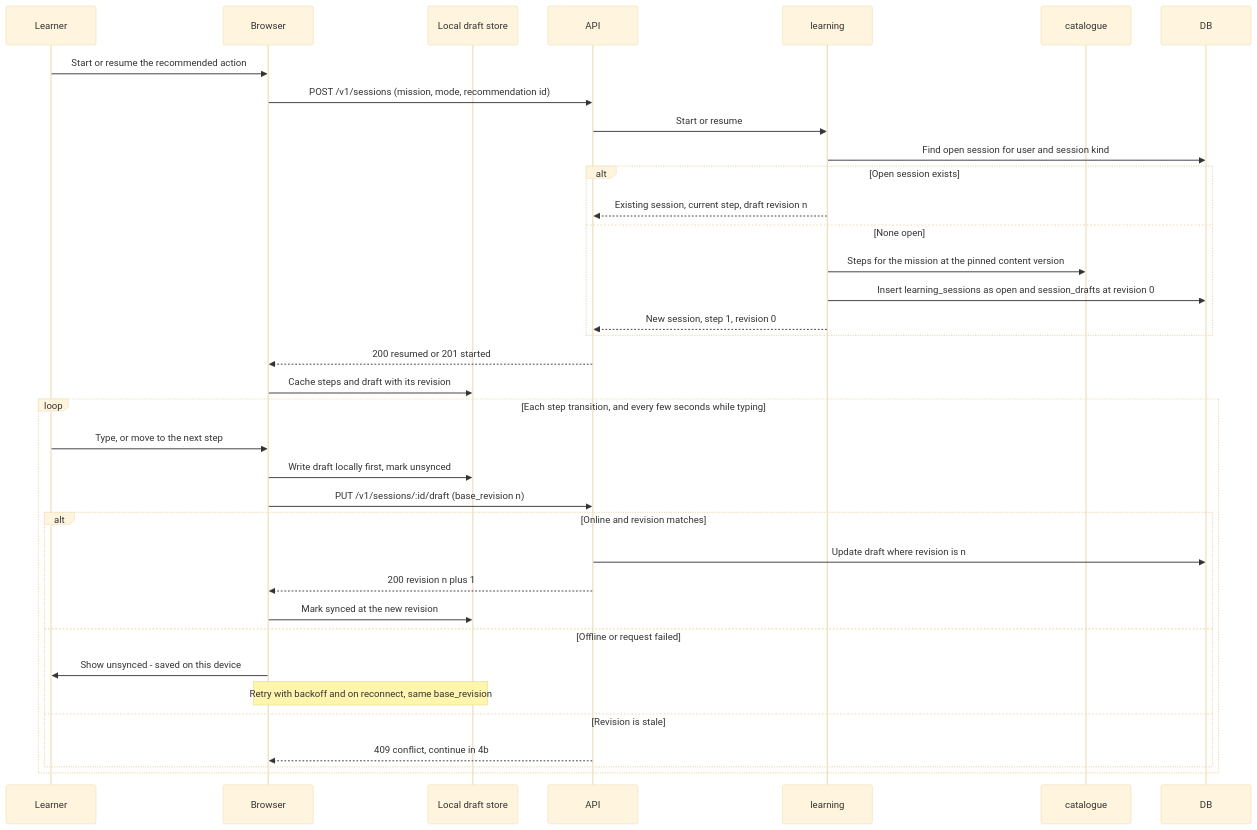
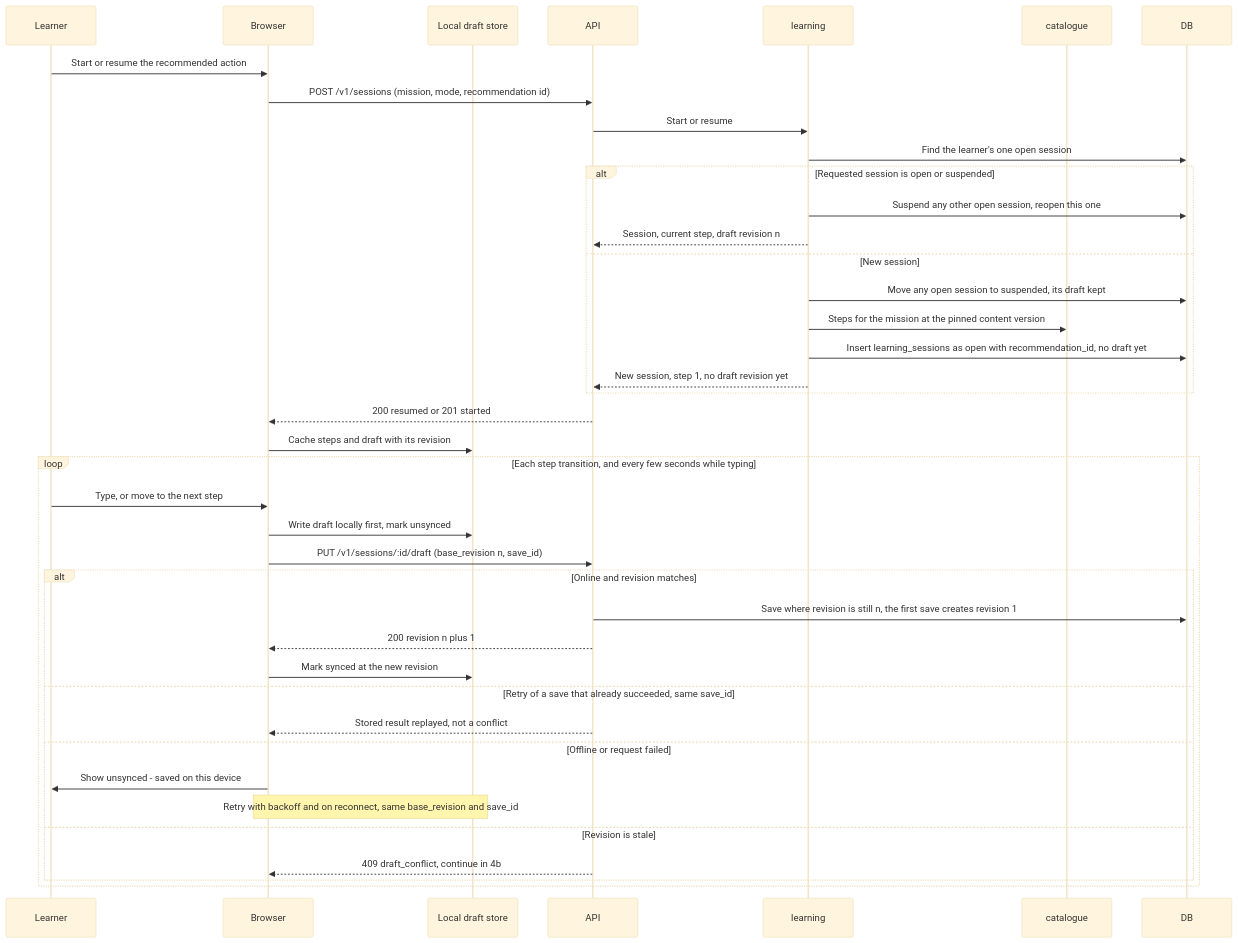
The sixth of 19 diagrams in devstep/docs/03-key-flows.md (GhanshyamSoni68/app_idea), drawn with Mermaid (base theme) before and after one commit. The commit also changed other lines of this file and 8 other files, not shown here.

````diff
--- a/devstep/docs/03-key-flows.md
+++ b/devstep/docs/03-key-flows.md
@@ -380,38 +390,42 @@
 ```mermaid
 sequenceDiagram
     participant L as Learner
     participant B as Browser
     participant LS as Local draft store
     participant API
     participant LRN as learning
     participant CAT as catalogue
     participant DB
     L->>B: Start or resume the recommended action
     B->>API: POST /v1/sessions (mission, mode, recommendation id)
     API->>LRN: Start or resume
-    LRN->>DB: Find open session for user and session kind
-    alt Open session exists
-        LRN-->>API: Existing session, current step, draft revision n
-    else None open
+    LRN->>DB: Find the learner's one open session
+    alt Requested session is open or suspended
+        LRN->>DB: Suspend any other open session, reopen this one
+        LRN-->>API: Session, current step, draft revision n
+    else New session
+        LRN->>DB: Move any open session to suspended, its draft kept
         LRN->>CAT: Steps for the mission at the pinned content version
-        LRN->>DB: Insert learning_sessions as open and session_drafts at revision 0
-        LRN-->>API: New session, step 1, revision 0
+        LRN->>DB: Insert learning_sessions as open with recommendation_id, no draft yet
+        LRN-->>API: New session, step 1, no draft revision yet
     end
     API-->>B: 200 resumed or 201 started
     B->>LS: Cache steps and draft with its revision
     loop Each step transition, and every few seconds while typing
         L->>B: Type, or move to the next step
         B->>LS: Write draft locally first, mark unsynced
-        B->>API: PUT /v1/sessions/:id/draft (base_revision n)
+        B->>API: PUT /v1/sessions/:id/draft (base_revision n, save_id)
         alt Online and revision matches
-            API->>DB: Update draft where revision is n
+            API->>DB: Save where revision is still n, the first save creates revision 1
             API-->>B: 200 revision n plus 1
             B->>LS: Mark synced at the new revision
+        else Retry of a save that already succeeded, same save_id
+            API-->>B: Stored result replayed, not a conflict
         else Offline or request failed
             B->>L: Show unsynced - saved on this device
-            Note over B,LS: Retry with backoff and on reconnect, same base_revision
+            Note over B,LS: Retry with backoff and on reconnect, same base_revision and save_id
         else Revision is stale
-            API-->>B: 409 conflict, continue in 4b
+            API-->>B: 409 draft_conflict, continue in 4b
         end
     end
 ```
````
